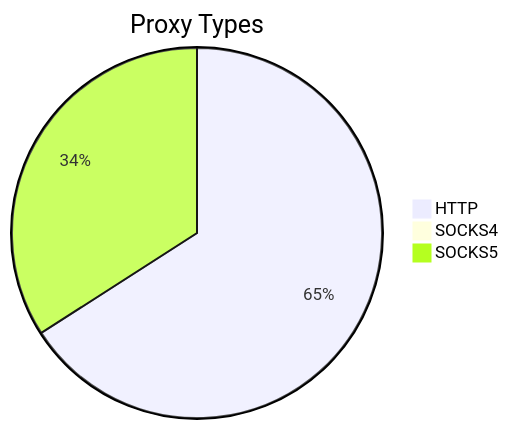
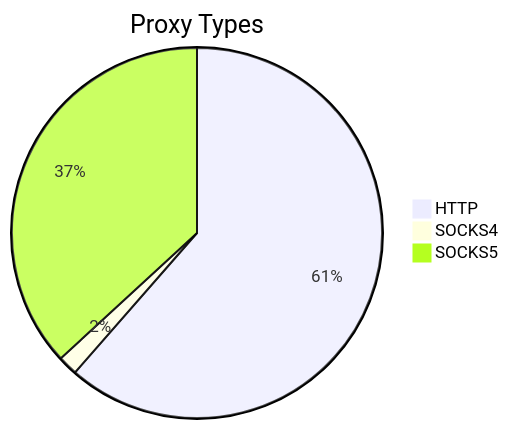
The first of 2 diagrams in README.md (stormsia/proxy-list), drawn with Mermaid before and after one commit. The commit also changed other lines of this file, not shown here.

````diff
--- a/README.md
+++ b/README.md
@@ -21,6 +21,6 @@
 ```mermaid
 pie title Proxy Types
-    "HTTP" : 1857
-    "SOCKS4" : 22
-    "SOCKS5" : 960
+    "HTTP" : 1711
+    "SOCKS4" : 48
+    "SOCKS5" : 1026
 ```
````
